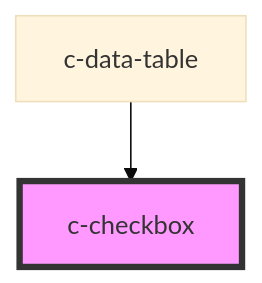
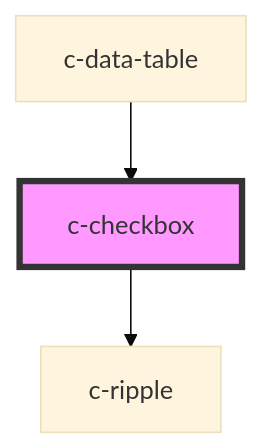
Before and after one commit to CSCfi/ui: the diagram in packages/csc-ui/src/components/c-checkbox/readme.md, drawn with Mermaid (base theme). The commit also changed other lines of this file and 151 other files, not shown here.

````diff
--- a/packages/csc-ui/src/components/c-checkbox/readme.md
+++ b/packages/csc-ui/src/components/c-checkbox/readme.md
@@ -44,5 +48,6 @@
 ```mermaid
 graph TD;
+  c-checkbox --> c-ripple
   c-data-table --> c-checkbox
   style c-checkbox fill:#f9f,stroke:#333,stroke-width:4px
 ```
````
